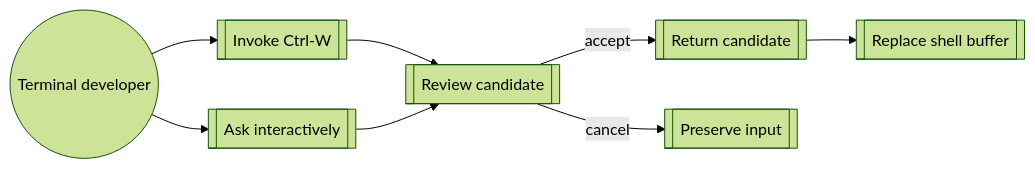
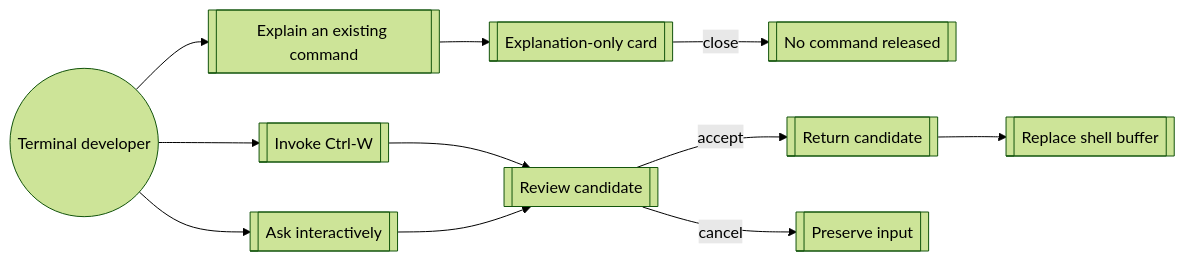
Before and after one commit to buster/watn: the diagram in givn/specs/use-shell/usecase.md, drawn with Mermaid (forest theme). The commit also changed other lines of this file and 24 other files, not shown here.

Commit message:
feat(explain-command): Enter closes the explanation card without releasing the command

````diff
--- a/givn/specs/use-shell/usecase.md
+++ b/givn/specs/use-shell/usecase.md
@@ -136,10 +146,13 @@
 ```mermaid
 flowchart LR
   User((Terminal developer)) --> Shortcut[[Invoke Ctrl-W]]
   User --> Ask[[Ask interactively]]
+  User --> Explain[[Explain an existing command]]
   Shortcut --> Review[[Review candidate]]
   Ask --> Review
+  Explain --> ExplainCard[[Explanation-only card]]
+  ExplainCard -->|close| Nothing[[No command released]]
   Review -->|accept| Result[[Return candidate]]
   Review -->|cancel| Preserve[[Preserve input]]
   Result --> Buffer[[Replace shell buffer]]
 ```
````
